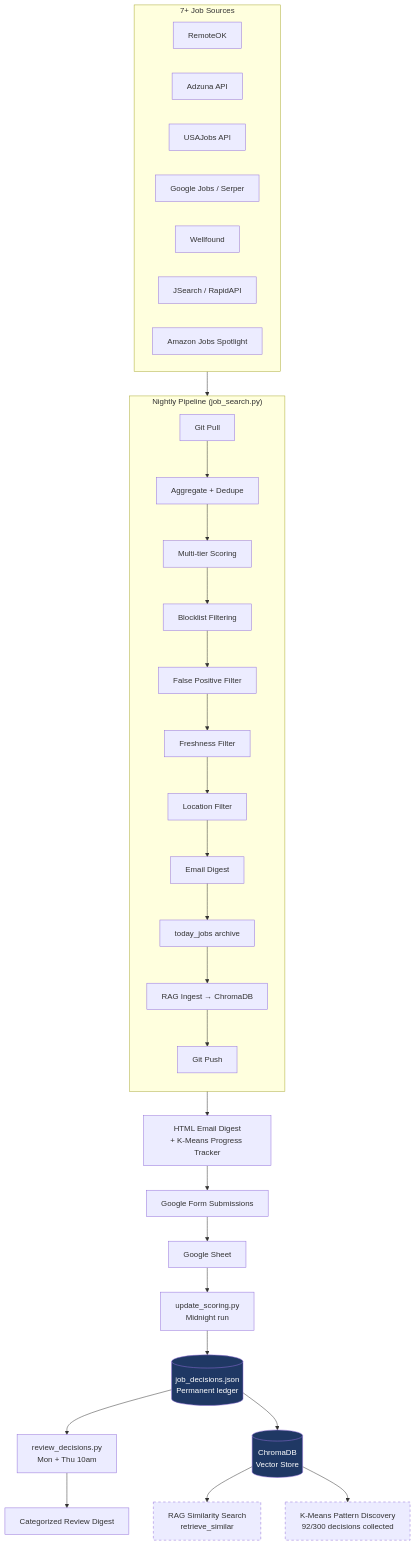
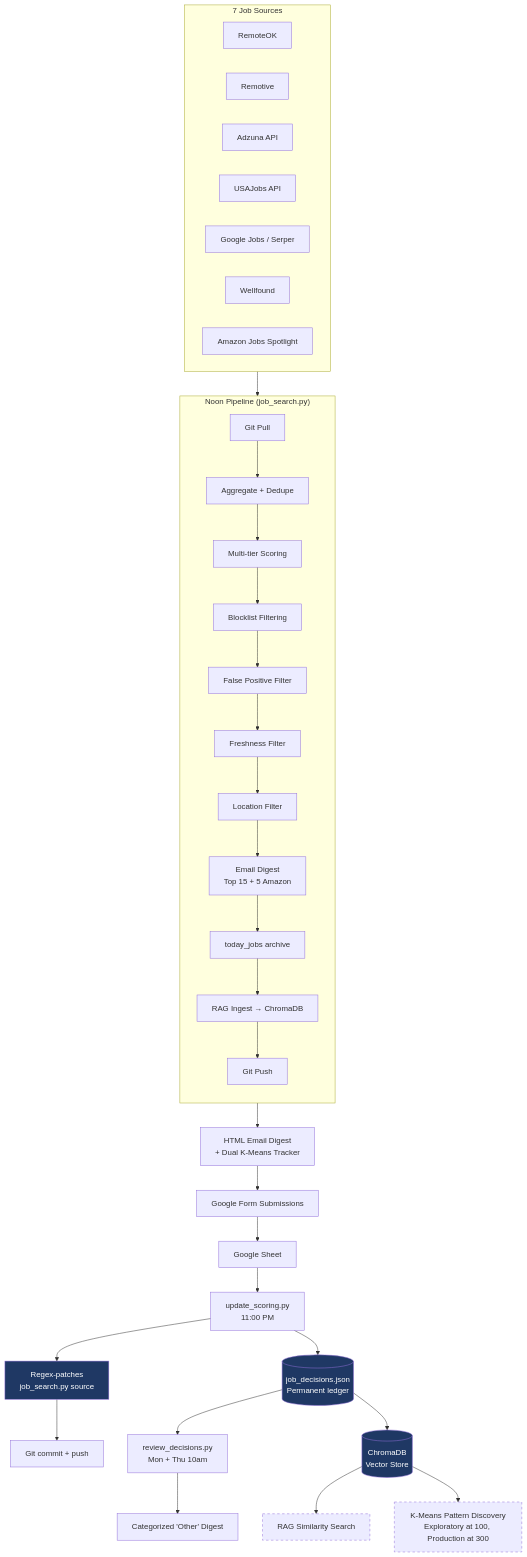
The diagram in README.md (harichardson68/job-search-hans), drawn with Mermaid before and after one commit. The commit also changed other lines of this file, not shown here.

Commit message:
Rewrite README with agentic loop lead, retire JSearch, update to current architecture (7 sources, Top 15, dual K-Means)

````diff
--- a/README.md
+++ b/README.md
@@ -23,48 +36,51 @@
 ```mermaid
 flowchart TB
-    subgraph Sources["7+ Job Sources"]
+    subgraph Sources["7 Job Sources"]
         S1[RemoteOK]
-        S4[Adzuna API]
-        S5[USAJobs API]
-        S6[Google Jobs / Serper]
-        S8[Wellfound]
-        S9[JSearch / RapidAPI]
-        S10[Amazon Jobs Spotlight]
+        S2[Remotive]
+        S3[Adzuna API]
+        S4[USAJobs API]
+        S5[Google Jobs / Serper]
+        S6[Wellfound]
+        S7[Amazon Jobs Spotlight]
     end
 
     Sources --> Pipeline
 
-    subgraph Pipeline["Nightly Pipeline (job_search.py)"]
+    subgraph Pipeline["Noon Pipeline (job_search.py)"]
         direction TB
         P1[Git Pull]
         P2[Aggregate + Dedupe]
         P3[Multi-tier Scoring]
         P4[Blocklist Filtering]
         P4B[False Positive Filter]
         P5[Freshness Filter]
         P6[Location Filter]
-        P7[Email Digest]
+        P7[Email Digest<br/>Top 15 + 5 Amazon]
         P8[today_jobs archive]
         P9[RAG Ingest → ChromaDB]
         P10[Git Push]
         P1 --> P2 --> P3 --> P4 --> P4B --> P5 --> P6 --> P7 --> P8 --> P9 --> P10
     end
 
-    Pipeline --> Email[HTML Email Digest<br/>+ K-Means Progress Tracker]
+    Pipeline --> Email[HTML Email Digest<br/>+ Dual K-Means Tracker]
     Email --> Form[Google Form Submissions]
     Form --> Sheet[Google Sheet]
 
-    Sheet --> Update[update_scoring.py<br/>Midnight run]
+    Sheet --> Update[update_scoring.py<br/>11:00 PM]
+    Update --> Patch[Regex-patches<br/>job_search.py source]
     Update --> Decisions[(job_decisions.json<br/>Permanent ledger)]
+    Patch --> Git[Git commit + push]
 
     Decisions --> Review[review_decisions.py<br/>Mon + Thu 10am]
     Decisions --> ChromaDB[(ChromaDB<br/>Vector Store)]
-    Review --> ReviewEmail[Categorized Review Digest]
-    ChromaDB --> RAG[RAG Similarity Search<br/>retrieve_similar]
-    ChromaDB --> KMeans[K-Means Pattern Discovery<br/>92/300 decisions collected]
+    Review --> ReviewEmail[Categorized 'Other' Digest]
+    ChromaDB --> RAG[RAG Similarity Search]
+    ChromaDB --> KMeans[K-Means Pattern Discovery<br/>Exploratory at 100, Production at 300]
 
+    style Patch fill:#1F3864,color:#fff
     style Decisions fill:#1F3864,color:#fff
     style ChromaDB fill:#1F3864,color:#fff
     style KMeans stroke-dasharray:5 5
     style RAG stroke-dasharray:5 5
 ```
````
